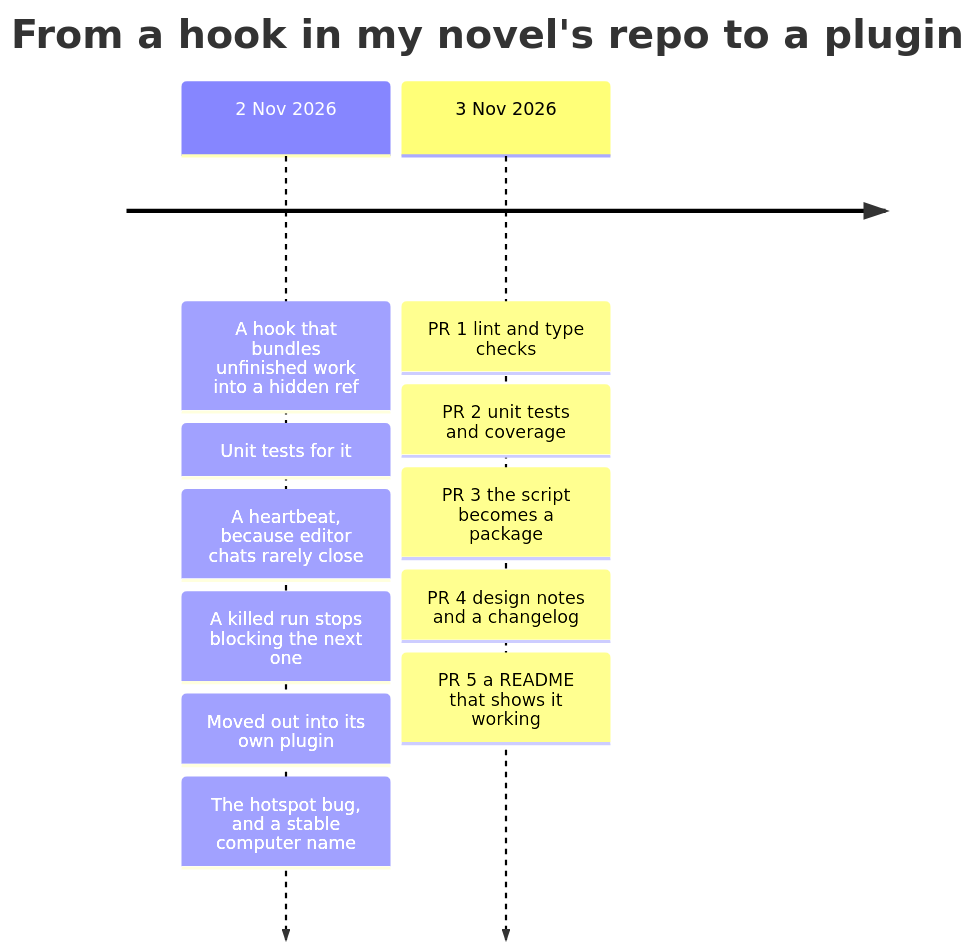
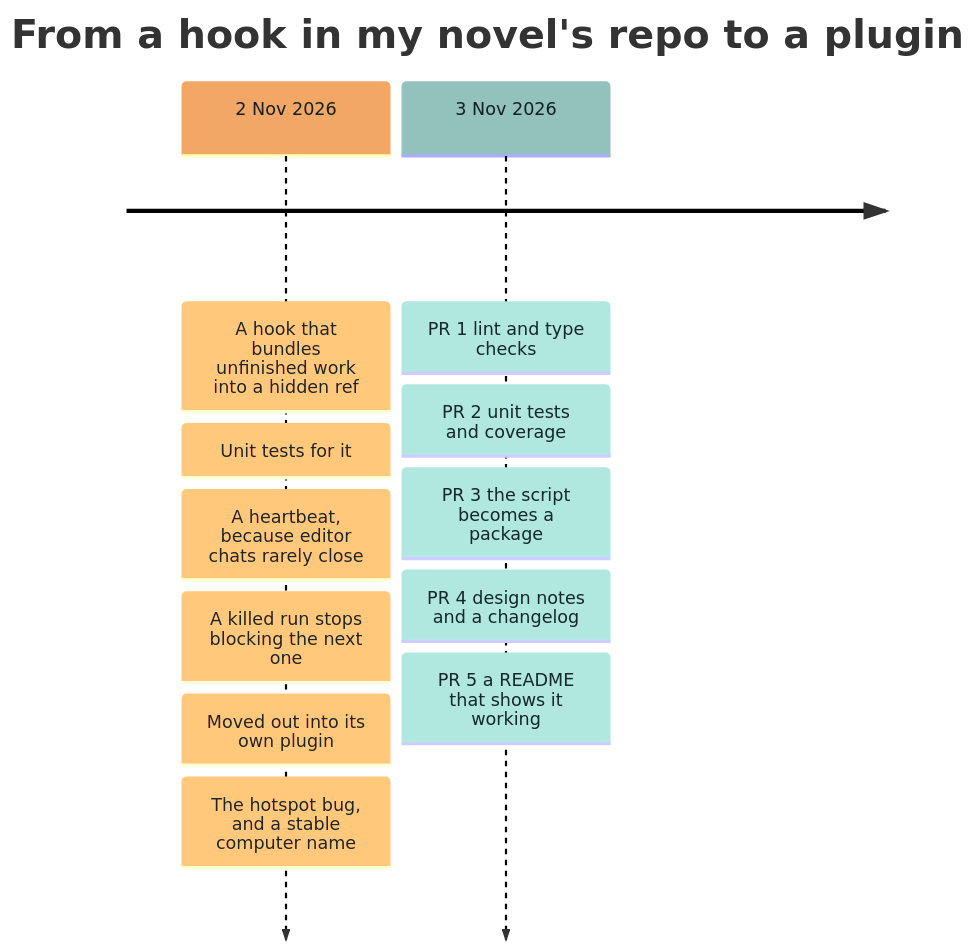
The first of 6 diagrams in docs/how-i-engineer.md (cthleung/worktree-handoff), drawn with Mermaid before and after one commit.

Commit message:
how I engineer: readable timeline colors

````diff
--- a/docs/how-i-engineer.md
+++ b/docs/how-i-engineer.md
@@ -13,15 +13,16 @@
 ```mermaid
+%%{init: {"themeVariables": {"cScale0": "#F2A766", "cScaleLabel0": "#122123", "cScale1": "#93C1BB", "cScaleLabel1": "#122123"}}}%%
 timeline
     title From a hook in my novel's repo to a plugin
     2 Nov 2026 : A hook that bundles unfinished work into a hidden ref
                : Unit tests for it
                : A heartbeat, because editor chats rarely close
                : A killed run stops blocking the next one
                : Moved out into its own plugin
                : The hotspot bug, and a stable computer name
     3 Nov 2026 : PR 1 lint and type checks
                : PR 2 unit tests and coverage
                : PR 3 the script becomes a package
                : PR 4 design notes and a changelog
                : PR 5 a README that shows it working
 ```
````
